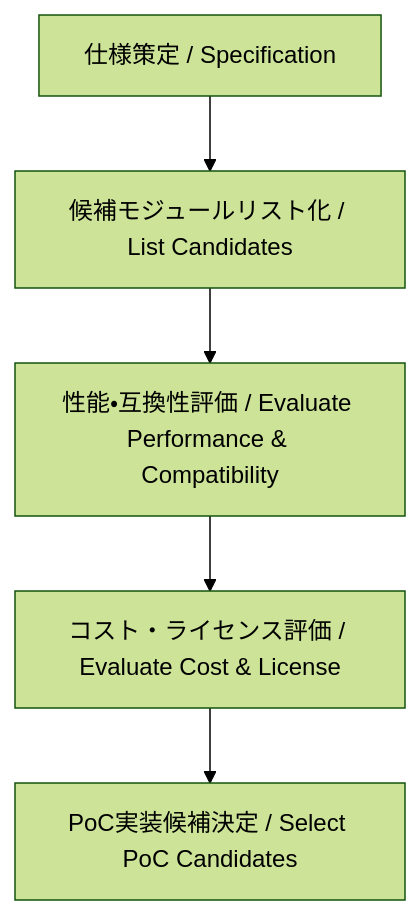
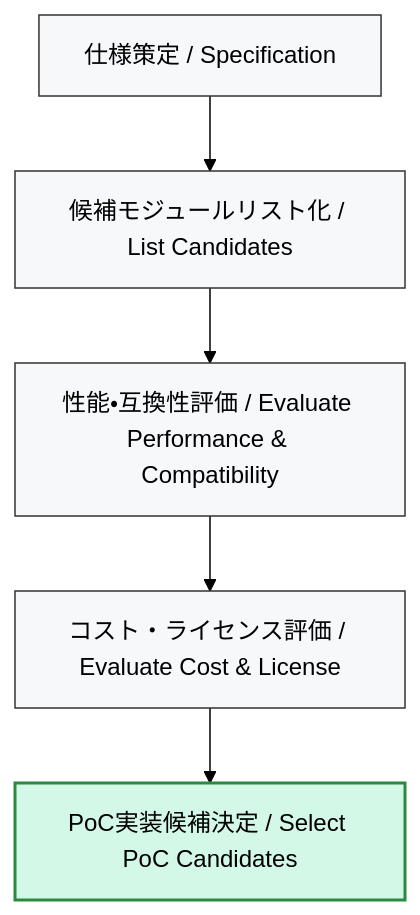
One commit to Samizo-AITL/Edusemi-v4x changed the diagram in chapter5a_spec_module_if/5a.2_module_selection.md. Above: the diagram before and after it, drawn with Mermaid (forest theme). The commit also changed other lines of this file, not shown here.

````diff
--- a/chapter5a_spec_module_if/5a.2_module_selection.md
+++ b/chapter5a_spec_module_if/5a.2_module_selection.md
@@ -55,7 +63,10 @@
 ```mermaid
 flowchart TB
-    A[仕様策定 / Specification] --> B[候補モジュールリスト化 / List Candidates]
-    B --> C[性能・互換性評価 / Evaluate Performance & Compatibility]
-    C --> D[コスト・ライセンス評価 / Evaluate Cost & License]
-    D --> E[PoC実装候補決定 / Select PoC Candidates]
+    A[仕様策定 / Specification]:::step --> B[候補モジュールリスト化 / List Candidates]:::step
+    B --> C[性能・互換性評価 / Evaluate Performance & Compatibility]:::step
+    C --> D[コスト・ライセンス評価 / Evaluate Cost & License]:::step
+    D --> E[PoC実装候補決定 / Select PoC Candidates]:::final
+
+    classDef step fill:#f6f8fa,stroke:#333,stroke-width:1px;
+    classDef final fill:#d4f8e8,stroke:#2b8a3e,stroke-width:2px;
 ```
````
